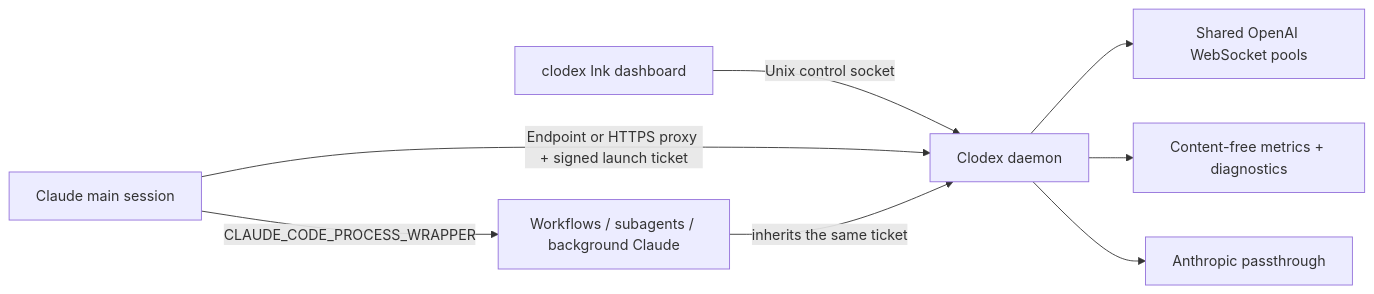
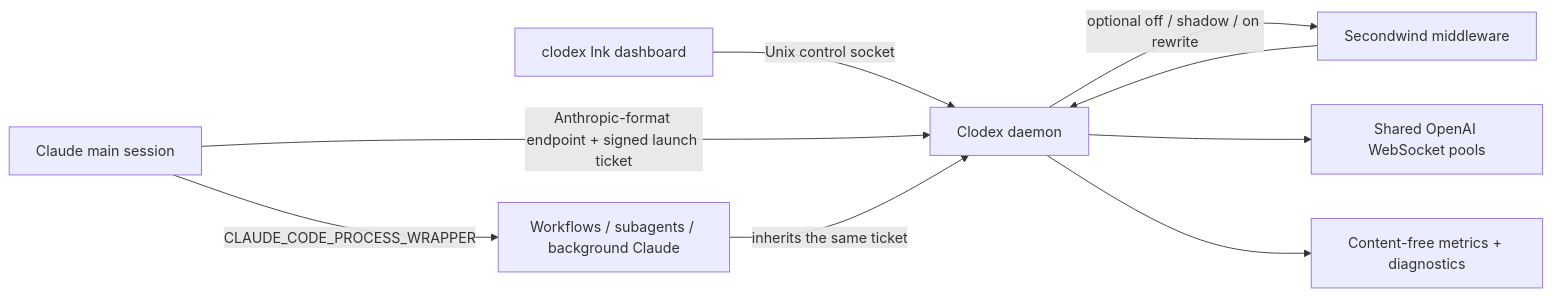
The diagram in docs/background-agents.md (cgasgarth/clodex), drawn with Mermaid before and after one commit. The commit also changed other lines of this file and 21 other files, not shown here.

Commit message:
Run Secondwind on the daemon endpoint (#32)

````diff
--- a/docs/background-agents.md
+++ b/docs/background-agents.md
@@ -10,10 +10,11 @@
 ```mermaid
 flowchart LR
   TUI["clodex Ink dashboard"] -->|"Unix control socket"| D["Clodex daemon"]
-  MAIN["Claude main session"] -->|"Endpoint or HTTPS proxy + signed launch ticket"| D
+  MAIN["Claude main session"] -->|"Anthropic-format endpoint + signed launch ticket"| D
   MAIN -->|"CLAUDE_CODE_PROCESS_WRAPPER"| CHILD["Workflows / subagents / background Claude"]
   CHILD -->|"inherits the same ticket"| D
+  D -->|"optional off / shadow / on rewrite"| SW["Secondwind middleware"]
+  SW --> D
   D --> WS["Shared OpenAI WebSocket pools"]
   D --> METRICS["Content-free metrics + diagnostics"]
-  D --> ANT["Anthropic passthrough"]
 ```
````
